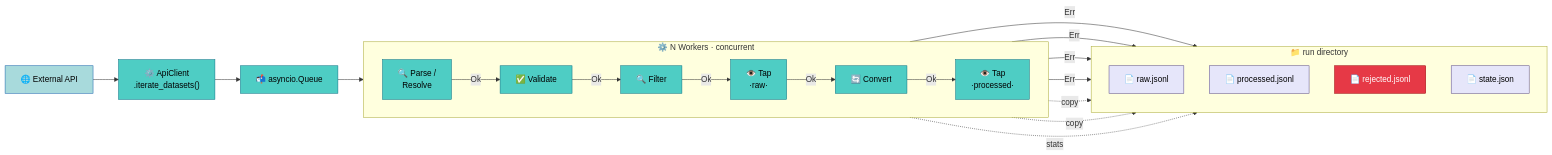
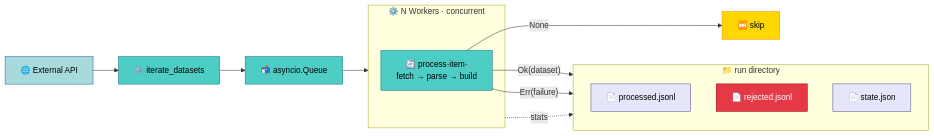
Before and after one commit to bergamote156/repository-crawlers: the second of 2 diagrams in docs/crawlers/arch/_overview.md, drawn with Mermaid. The commit also changed other lines of this file and 7 other files, not shown here.

````diff
--- a/docs/crawlers/arch/_overview.md
+++ b/docs/crawlers/arch/_overview.md
@@ -124,51 +101,37 @@
 ```mermaid
 graph LR
     API["🌐 External API"]
-    AC["⚙️ ApiClient\n.iterate_datasets()"]
+    ITER["⚙️ iterate_datasets"]
     Q["📬 asyncio.Queue"]
 
     subgraph Workers["⚙️ N Workers · concurrent"]
-        direction LR
-        PR["🔍 Parse /\nResolve"]
-        VA["✅ Validate"]
-        FI["🔍 Filter"]
-        T1["👁️ Tap\n·raw·"]
-        CV["🔄 Convert"]
-        T2["👁️ Tap\n·processed·"]
+        PROC["🔄 process·item·\nfetch → parse → build"]
     end
 
     subgraph RunDir["📁 run directory"]
         direction TB
-        raw["📄 raw.jsonl"]
-        proc["📄 processed.jsonl"]
-        rej["📄 rejected.jsonl"]
+        processed["📄 processed.jsonl"]
+        rejected["📄 rejected.jsonl"]
         st["📄 state.json"]
     end
 
-    API --> AC --> Q --> Workers
-    PR -->|Ok| VA
-    VA -->|Ok| FI
-    FI -->|Ok| T1
-    T1 -->|Ok| CV
-    CV -->|Ok| T2
+    API --> ITER --> Q --> Workers
 
-    PR -->|Err| rej
-    VA -->|Err| rej
-    FI -->|Err| rej
-    CV -->|Err| rej
-
-    T1 -.->|copy| raw
-    T2 -.->|copy| proc
+    PROC -->|"Ok(dataset)"| processed
+    PROC -->|"Err(failure)"| rejected
+    PROC -->|None| skip["⏭️ skip"]
     Workers -.->|stats| st
 
     classDef external fill:#A8DADC,stroke:#1864AB,color:#000
     classDef internal fill:#4ECDC4,stroke:#0B7285,color:#000
     classDef data fill:#E6E6FA,stroke:#5B4B8A,color:#000
     classDef error fill:#E63946,stroke:#9D0208,color:#fff
+    classDef skip fill:#FFD700,stroke:#F08C00,color:#000
 
     class API external
-    class AC,PR,VA,FI,CV internal
-    class Q,T1,T2 internal
-    class raw,proc,st data
-    class rej error
+    class ITER,PROC internal
+    class Q internal
+    class processed,st data
+    class rejected error
+    class skip skip
 ```
````
